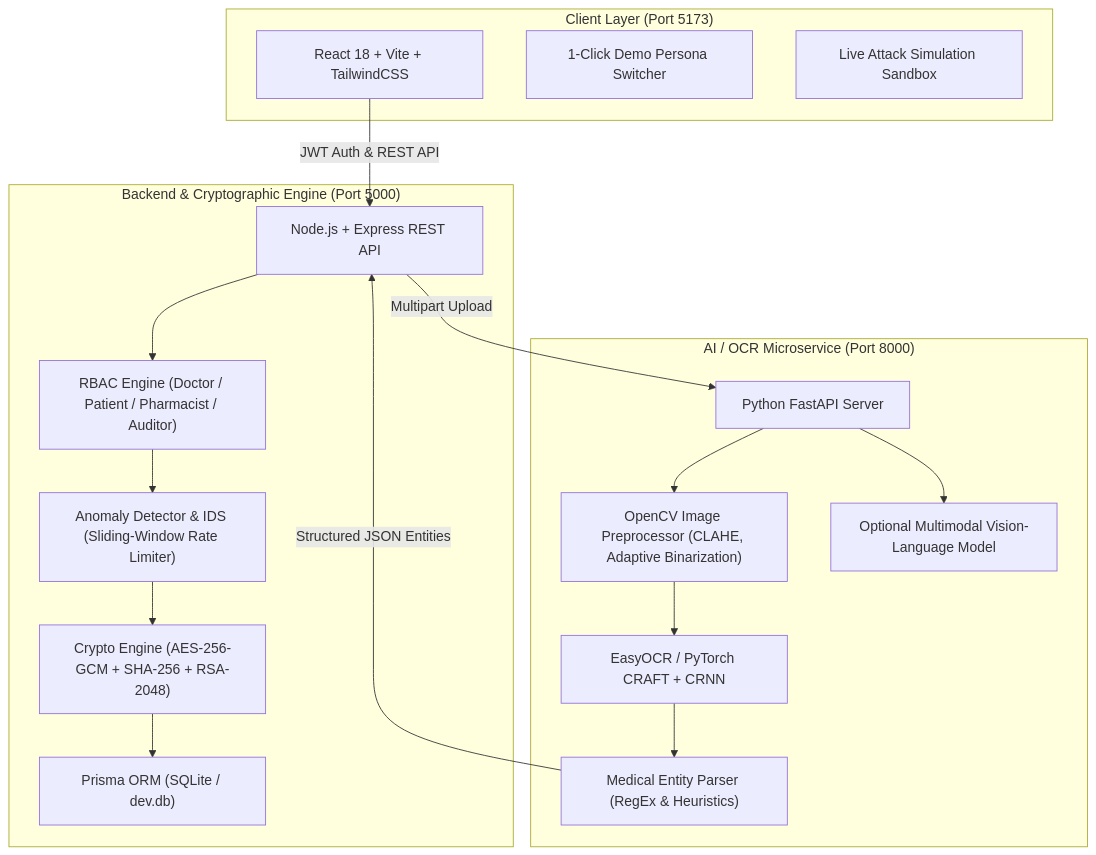
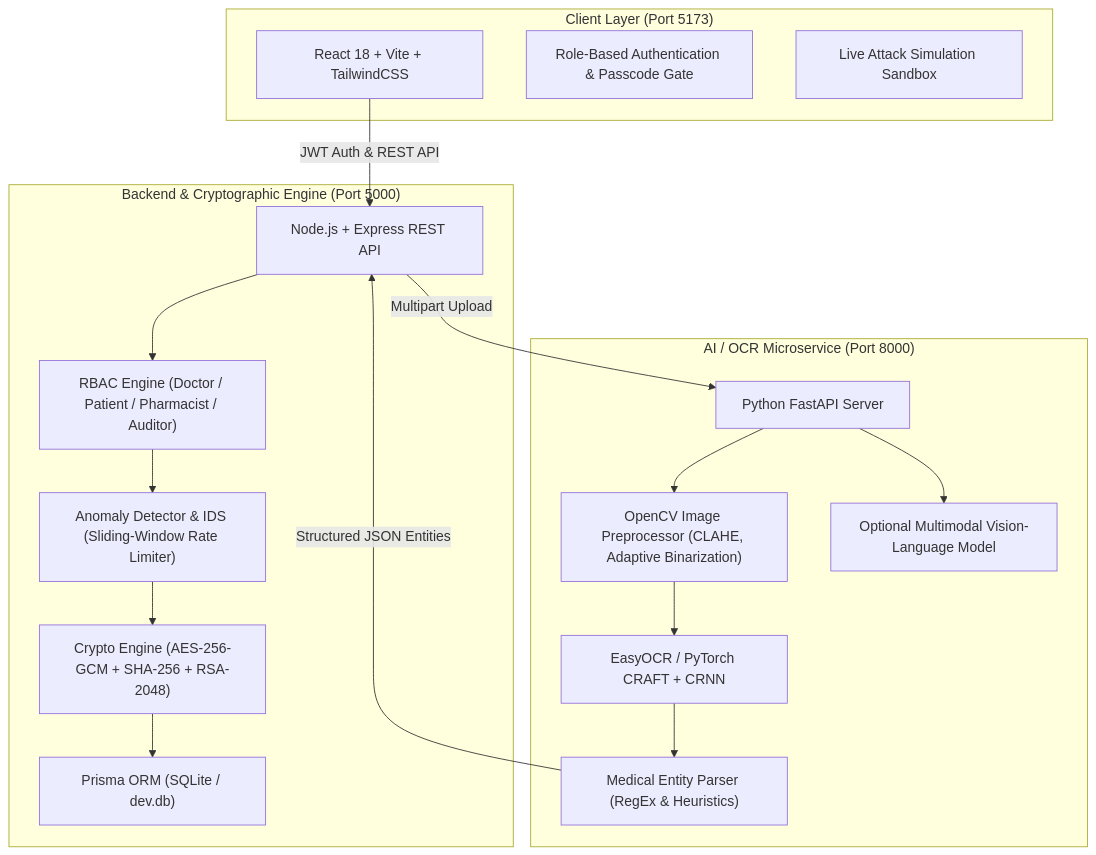
Before and after one commit to Pradhyuman377/zk-medical-prescription-vault: the diagram in README.md, drawn with Mermaid. The commit also changed other lines of this file and 1 other file, not shown here.

Commit message:
docs: update demo steps and user credentials in documentation

````diff
--- a/README.md
+++ b/README.md
@@ -50,35 +50,35 @@
 ```mermaid
 flowchart TD
     subgraph Client ["Client Layer (Port 5173)"]
         UI["React 18 + Vite + TailwindCSS"]
-        AuthSwitch["1-Click Demo Persona Switcher"]
+        AuthForm["Role-Based Authentication & Passcode Gate"]
         LiveSandbox["Live Attack Simulation Sandbox"]
     end
 
     subgraph Backend ["Backend & Cryptographic Engine (Port 5000)"]
         API["Node.js + Express REST API"]
         RBAC["RBAC Engine (Doctor / Patient / Pharmacist / Auditor)"]
         IDS["Anomaly Detector & IDS (Sliding-Window Rate Limiter)"]
         CryptoCore["Crypto Engine (AES-256-GCM + SHA-256 + RSA-2048)"]
         Prisma["Prisma ORM (SQLite / dev.db)"]
     end
 
     subgraph AI ["AI / OCR Microservice (Port 8000)"]
         FastAPI["Python FastAPI Server"]
         CV["OpenCV Image Preprocessor (CLAHE, Adaptive Binarization)"]
         OCR["EasyOCR / PyTorch CRAFT + CRNN"]
         VLM["Optional Multimodal Vision-Language Model"]
         Parser["Medical Entity Parser (RegEx & Heuristics)"]
     end
 
     UI -->|JWT Auth & REST API| API
     API --> RBAC
     RBAC --> IDS
     IDS --> CryptoCore
     CryptoCore --> Prisma
 
     API -->|Multipart Upload| FastAPI
     FastAPI --> CV --> OCR --> Parser
     FastAPI --> VLM
     Parser -->|Structured JSON Entities| API
 ```
````
